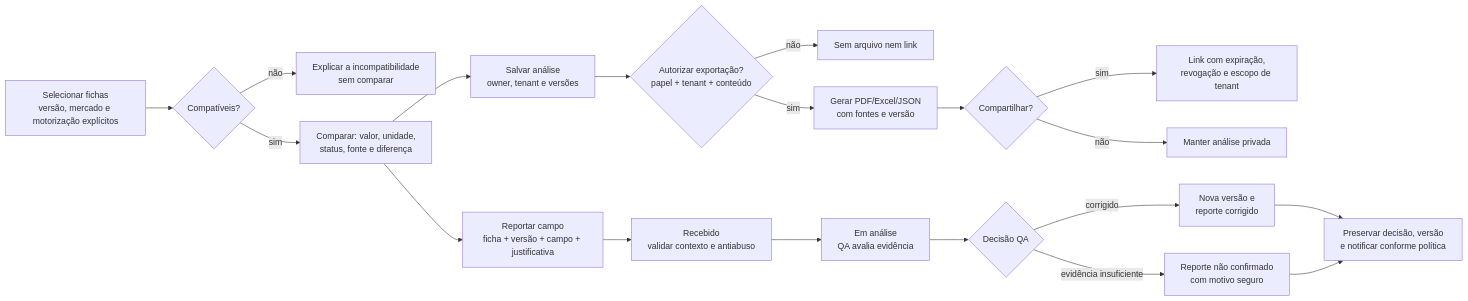
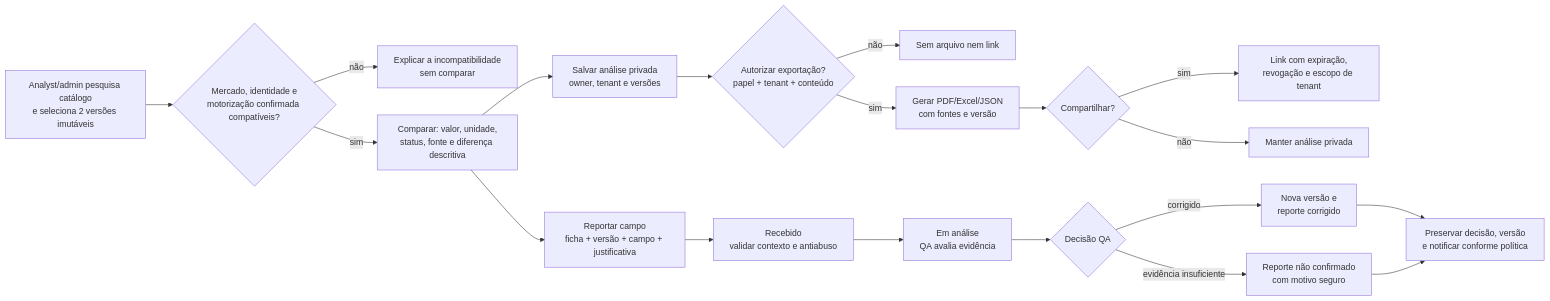
Before and after one commit to ldsimidu/blindspot: the sixth of 9 diagrams in docs/product/fluxograma-desenvolvimento-agente.md, drawn with Mermaid. The commit also changed other lines of this file and 15 other files, not shown here.

Commit message:
feat(P1-017): comparar e salvar fichas compativeis

````diff
--- a/docs/product/fluxograma-desenvolvimento-agente.md
+++ b/docs/product/fluxograma-desenvolvimento-agente.md
@@ -248,21 +248,21 @@
 ```mermaid
 flowchart LR
-  selecionar[Selecionar fichas\nversão, mercado e motorização explícitos] --> compativel{Compatíveis?}
+  selecionar[Analyst/admin pesquisa catálogo\ne seleciona 2 versões imutáveis] --> compativel{Mercado, identidade e\nmotorização confirmada compatíveis?}
   compativel -- não --> explicar[Explicar a incompatibilidade\nsem comparar]
-  compativel -- sim --> campos[Comparar: valor, unidade,\nstatus, fonte e diferença]
-  campos --> salvar[Salvar análise\nowner, tenant e versões]
+  compativel -- sim --> campos[Comparar: valor, unidade,\nstatus, fonte e diferença descritiva]
+  campos --> salvar[Salvar análise privada\nowner, tenant e versões]
   salvar --> permissao{Autorizar exportação?\npapel + tenant + conteúdo}
   permissao -- não --> negar[Sem arquivo nem link]
   permissao -- sim --> gerar[Gerar PDF/Excel/JSON\ncom fontes e versão]
   gerar --> compartilhar{Compartilhar?}
   compartilhar -- sim --> link[Link com expiração,\nrevogação e escopo de tenant]
   compartilhar -- não --> fim[Manter análise privada]
   campos --> reportar[Reportar campo\nficha + versão + campo + justificativa]
   reportar --> recebido[Recebido\nvalidar contexto e antiabuso]
   recebido --> analiseQA[Em análise\nQA avalia evidência]
   analiseQA --> qa{Decisão QA}
   qa -- corrigido --> corrigido[Nova versão e\nreporte corrigido]
   qa -- evidência insuficiente --> naoConfirmado[Reporte não confirmado\ncom motivo seguro]
   corrigido --> historico[Preservar decisão, versão\ne notificar conforme política]
   naoConfirmado --> historico
 ```
````
